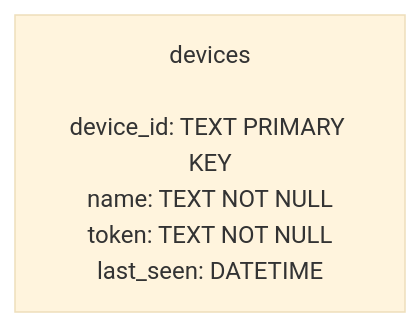
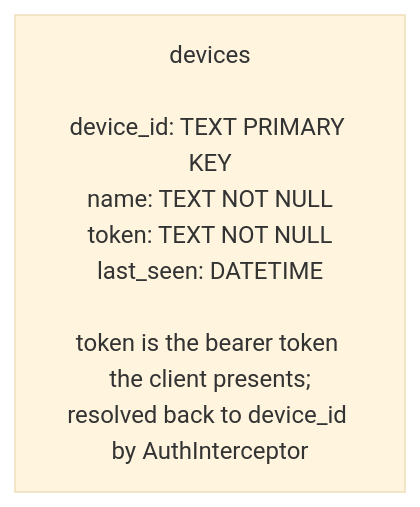
The diagram in docs/schema/devices.mmd (ShivangNagta/data_sync), drawn with Mermaid (base theme) before and after one commit. The commit also changed 11 other files, not shown here.

```diff
--- a/docs/schema/devices.mmd
+++ b/docs/schema/devices.mmd
@@ -1,2 +1,2 @@
 flowchart TB
-    DEV["devices<br/><br/>device_id: TEXT PRIMARY KEY<br/>name: TEXT NOT NULL<br/>token: TEXT NOT NULL<br/>last_seen: DATETIME"]
+    DEV["devices<br/><br/>device_id: TEXT PRIMARY KEY<br/>name: TEXT NOT NULL<br/>token: TEXT NOT NULL<br/>last_seen: DATETIME<br/><br/>token is the bearer token the client presents;<br/>resolved back to device_id by AuthInterceptor"]
```
